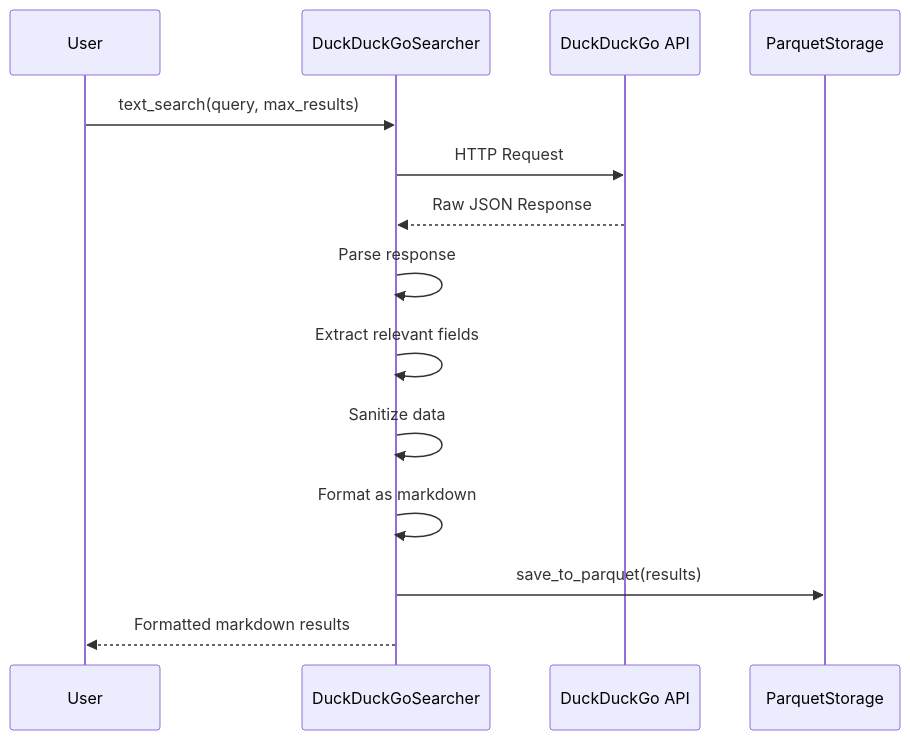
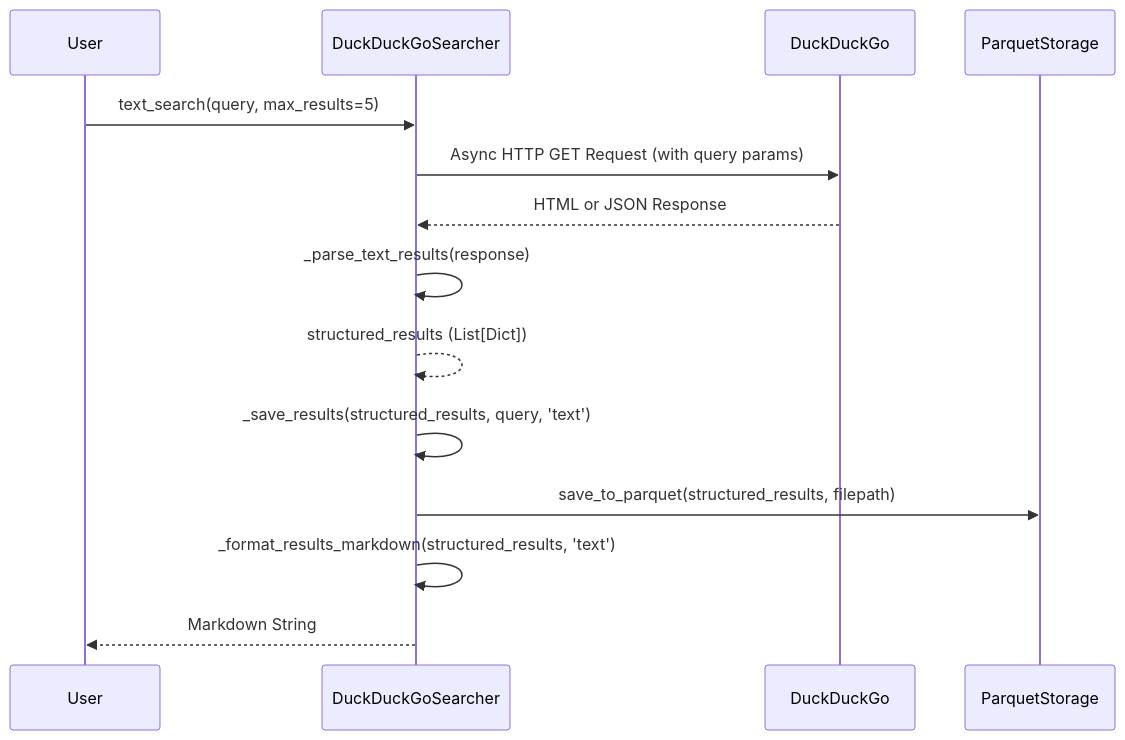
Diagram 16 of 25 in docs/Crawlers.md (Ollama-Agent-Roll-Cage/oarc-crawlers), drawn with Mermaid before and after one commit. The commit also changed other lines of this file and 9 other files, not shown here.

````diff
--- a/docs/Crawlers.md
+++ b/docs/Crawlers.md
@@ -517,20 +552,17 @@
 ```mermaid
 sequenceDiagram
     participant User
     participant DDGS as DuckDuckGoSearcher
-    participant DDG as DuckDuckGo API
-    participant PS as ParquetStorage
-    
-    User->>DDGS: text_search(query, max_results)
-    DDGS->>DDG: HTTP Request
-    DDG-->>DDGS: Raw JSON Response
-    
-    DDGS->>DDGS: Parse response
-    DDGS->>DDGS: Extract relevant fields
-    DDGS->>DDGS: Sanitize data
-    
-    DDGS->>DDGS: Format as markdown
-    DDGS->>PS: save_to_parquet(results)
-    
-    DDGS-->>User: Formatted markdown results
+    participant DDGEndpoints as DuckDuckGo
+    participant ParquetStore as ParquetStorage
+
+    User->>DDGS: text_search(query, max_results=5) # Or _to_dict / _to_markdown
+    DDGS->>DDGEndpoints: Async HTTP GET Request (with query params)
+    DDGEndpoints-->>DDGS: HTML or JSON Response
+    DDGS->>DDGS: _parse_text_results(response)
+    DDGS-->>DDGS: structured_results (List[Dict])
+    DDGS->>DDGS: _save_results(structured_results, query, 'text')
+    DDGS->>ParquetStore: save_to_parquet(structured_results, filepath)
+    DDGS->>DDGS: _format_results_markdown(structured_results, 'text') # If markdown requested
+    DDGS-->>User: Markdown String # Or Dict if _to_dict called
 ```
````
